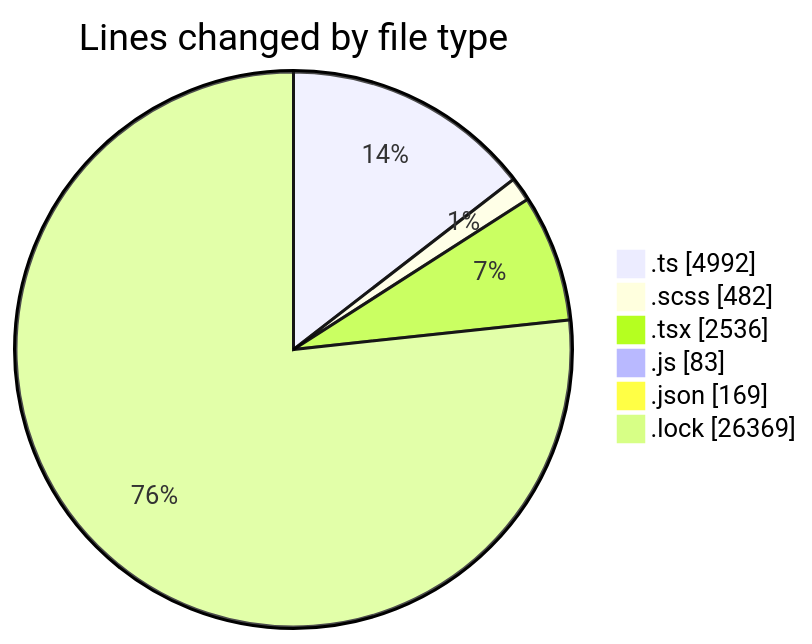
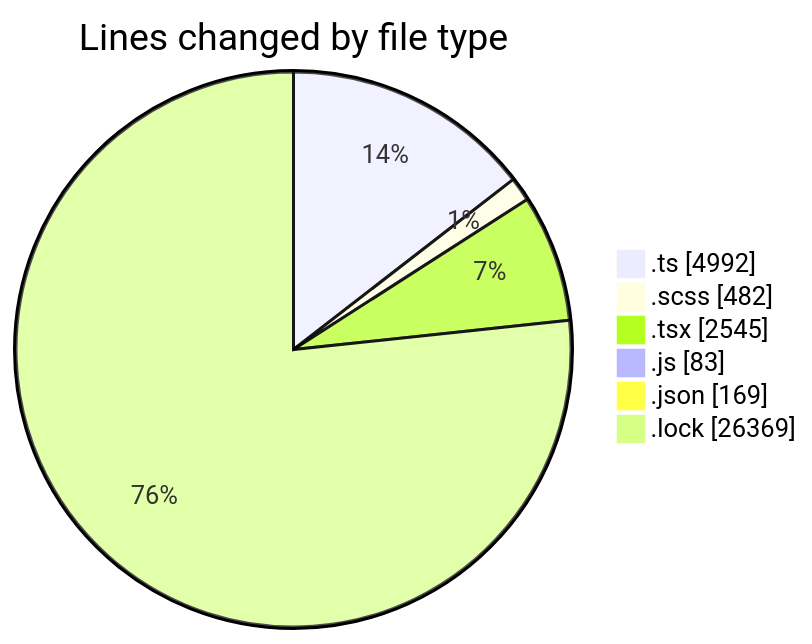
Before and after one commit to momahboobian/code-tracking: the first of 2 diagrams in 2025-09-12/cda/README.md, drawn with Mermaid. The commit also changed other lines of this file and 1 other file, not shown here.

````diff
--- a/2025-09-12/cda/README.md
+++ b/2025-09-12/cda/README.md
@@ -34,10 +34,10 @@
 ```mermaid
 pie showData
 title Lines changed by file type
 ".ts" : 4992
 ".scss" : 482
-".tsx" : 2536
+".tsx" : 2545
 ".js" : 83
 ".json" : 169
 ".lock" : 26369
 ```
````
